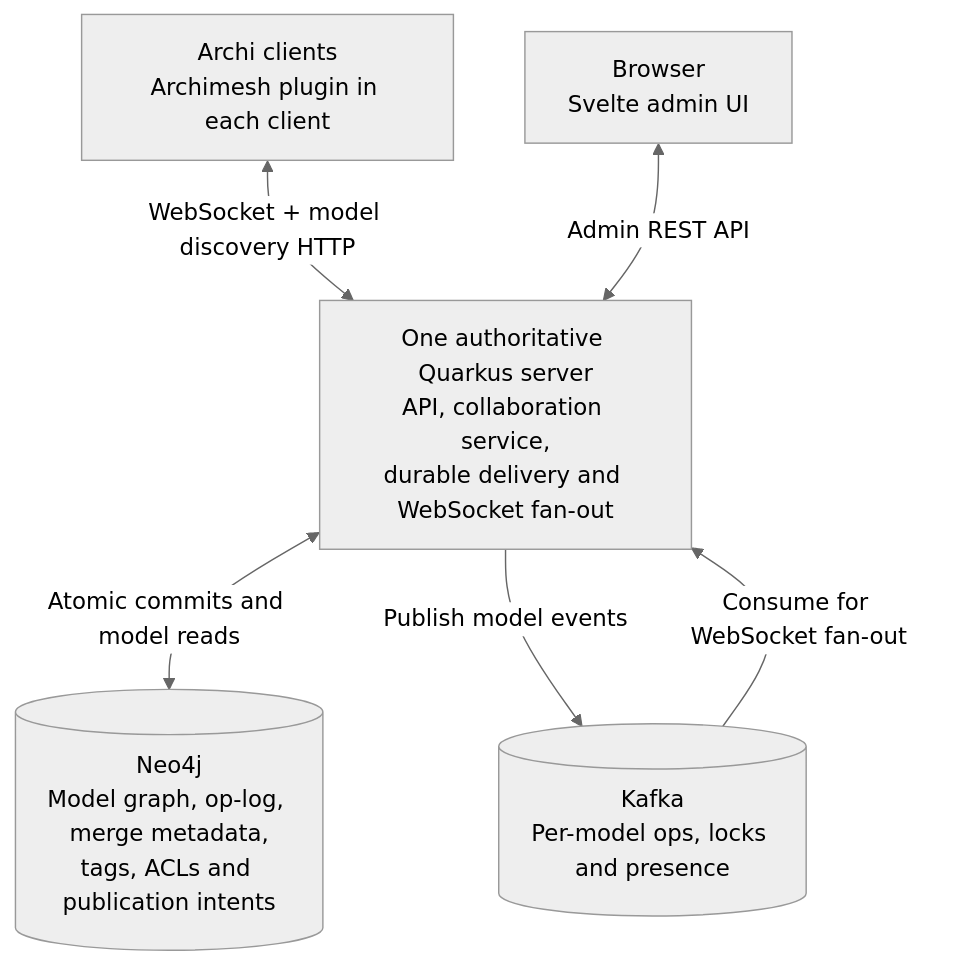
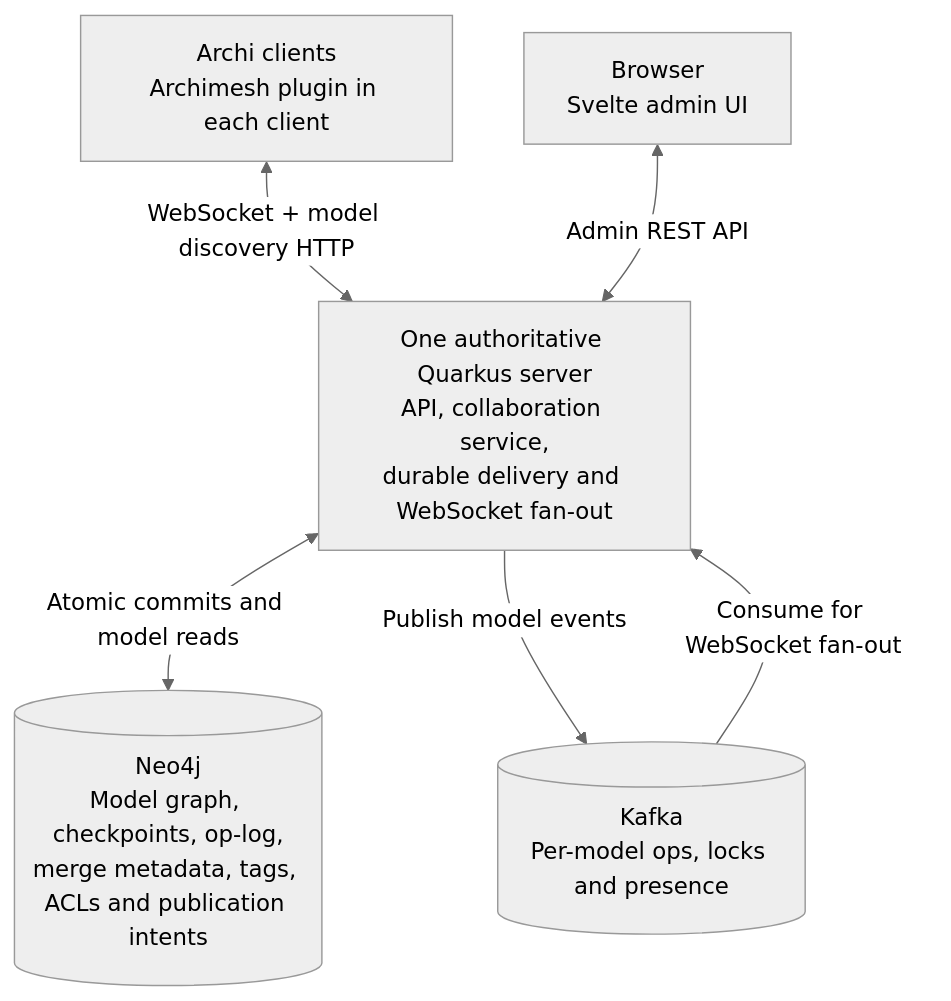
The first of 2 diagrams in README.md (FrodeRanders/archimesh), drawn with Mermaid (neutral theme) before and after one commit. The commit also changed other lines of this file and 37 other files, not shown here.

````diff
--- a/README.md
+++ b/README.md
@@ -11,14 +11,14 @@
 ```mermaid
 flowchart TB
     Clients["Archi clients<br/>Archimesh plugin in each client"]
     Admin["Browser<br/>Svelte admin UI"]
     Server["One authoritative Quarkus server<br/>API, collaboration service,<br/>durable delivery and WebSocket fan-out"]
-    DB[("Neo4j<br/>Model graph, op-log, merge metadata,<br/>tags, ACLs and publication intents")]
+    DB[("Neo4j<br/>Model graph, checkpoints, op-log,<br/>merge metadata, tags, ACLs and publication intents")]
     Kafka[("Kafka<br/>Per-model ops, locks and presence")]
 
     Clients <-->|"WebSocket + model discovery HTTP"| Server
     Admin <-->|"Admin REST API"| Server
     Server <-->|"Atomic commits and model reads"| DB
     Server -->|"Publish model events"| Kafka
     Kafka -->|"Consume for WebSocket fan-out"| Server
 ```
````
